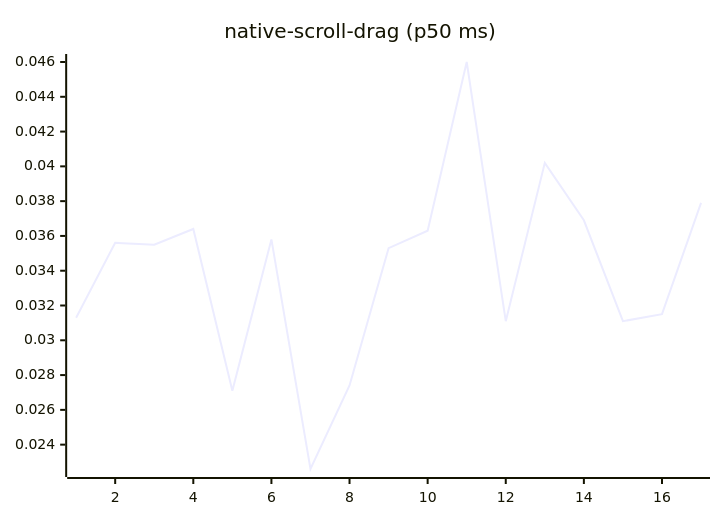
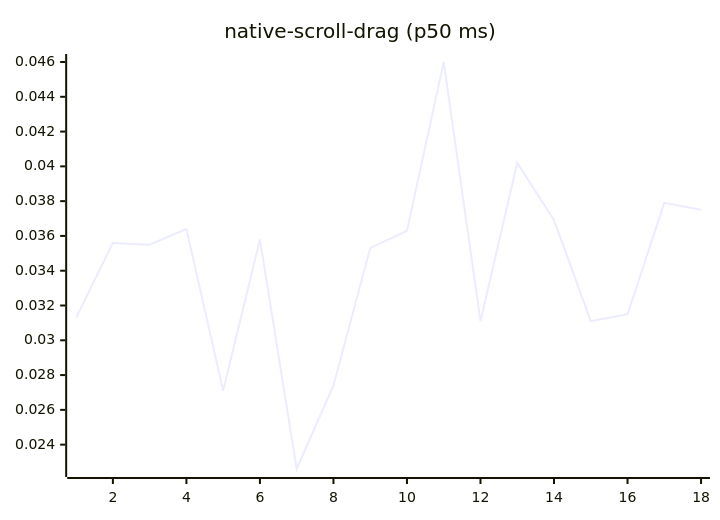
Before and after one commit to josha/Facet: diagram 14 of 27 in README.md, drawn with Mermaid. The commit also changed other lines of this file and 2 other files, not shown here.

````diff
--- a/README.md
+++ b/README.md
@@ -154,6 +154,6 @@
 ```mermaid
 xychart-beta
     title "native-scroll-drag (p50 ms)"
-    x-axis 1 --> 17
-    line [0.0313, 0.0356, 0.0355, 0.0364, 0.0271, 0.0358, 0.0226, 0.0274, 0.0353, 0.0363, 0.0460, 0.0311, 0.0402, 0.0369, 0.0311, 0.0315, 0.0379]
+    x-axis 1 --> 18
+    line [0.0313, 0.0356, 0.0355, 0.0364, 0.0271, 0.0358, 0.0226, 0.0274, 0.0353, 0.0363, 0.0460, 0.0311, 0.0402, 0.0369, 0.0311, 0.0315, 0.0379, 0.0375]
 ```
````
